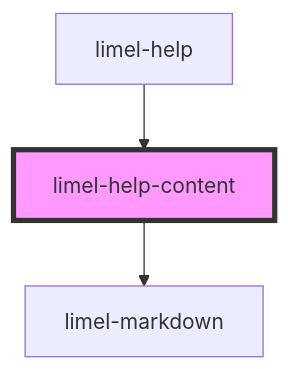
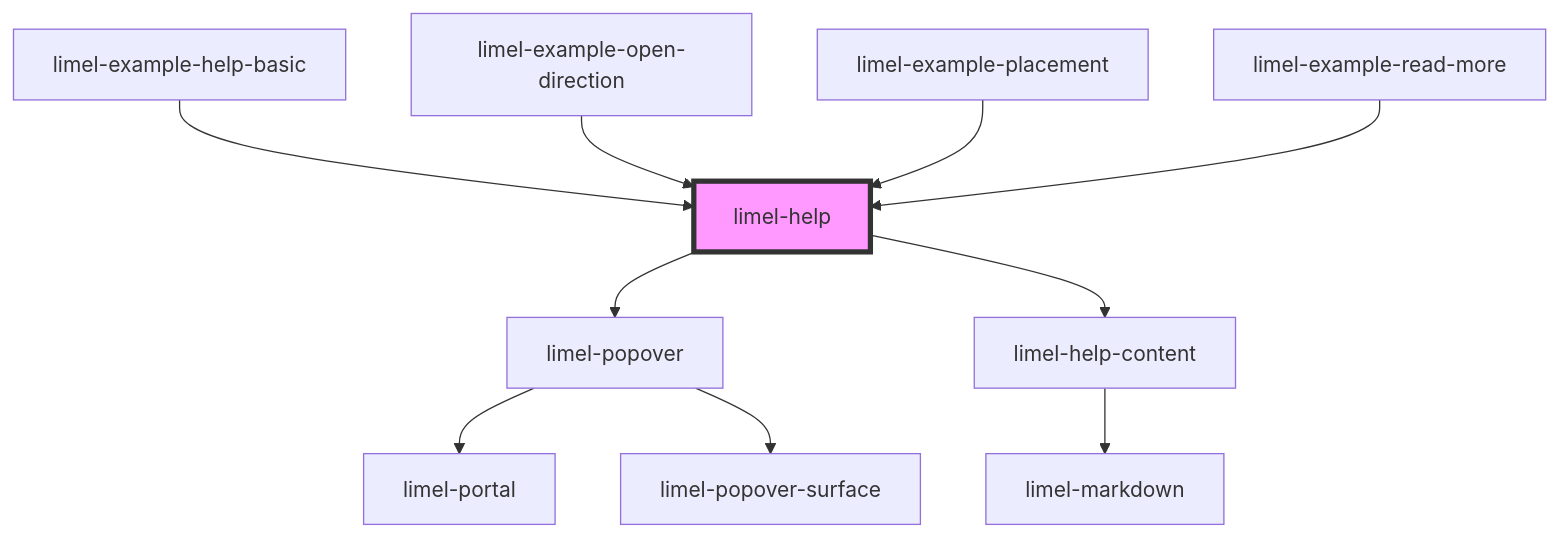
Before and after one commit to Lundalogik/lime-elements: the diagram in versions/PR-4082/markdown-docs/components/help/readme.md, drawn with Mermaid. The commit also changed other lines of this file and 8 other files, not shown here.

````diff
--- a/versions/PR-4082/markdown-docs/components/help/readme.md
+++ b/versions/PR-4082/markdown-docs/components/help/readme.md
@@ -32,6 +47,13 @@
 ```mermaid
 graph TD;
+  limel-help --> limel-popover
+  limel-help --> limel-help-content
+  limel-popover --> limel-portal
+  limel-popover --> limel-popover-surface
   limel-help-content --> limel-markdown
-  limel-help --> limel-help-content
-  style limel-help-content fill:#f9f,stroke:#333,stroke-width:4px
+  limel-example-help-basic --> limel-help
+  limel-example-open-direction --> limel-help
+  limel-example-placement --> limel-help
+  limel-example-read-more --> limel-help
+  style limel-help fill:#f9f,stroke:#333,stroke-width:4px
 ```
````
